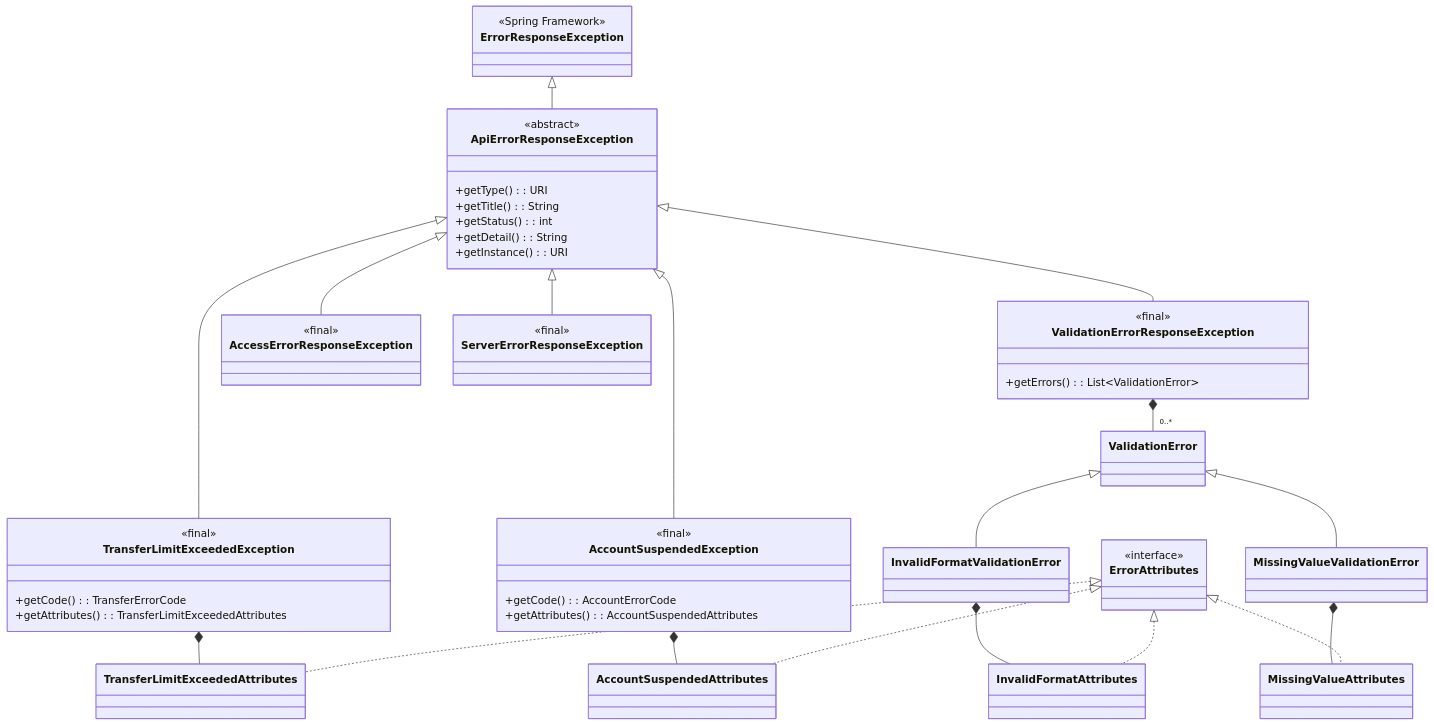
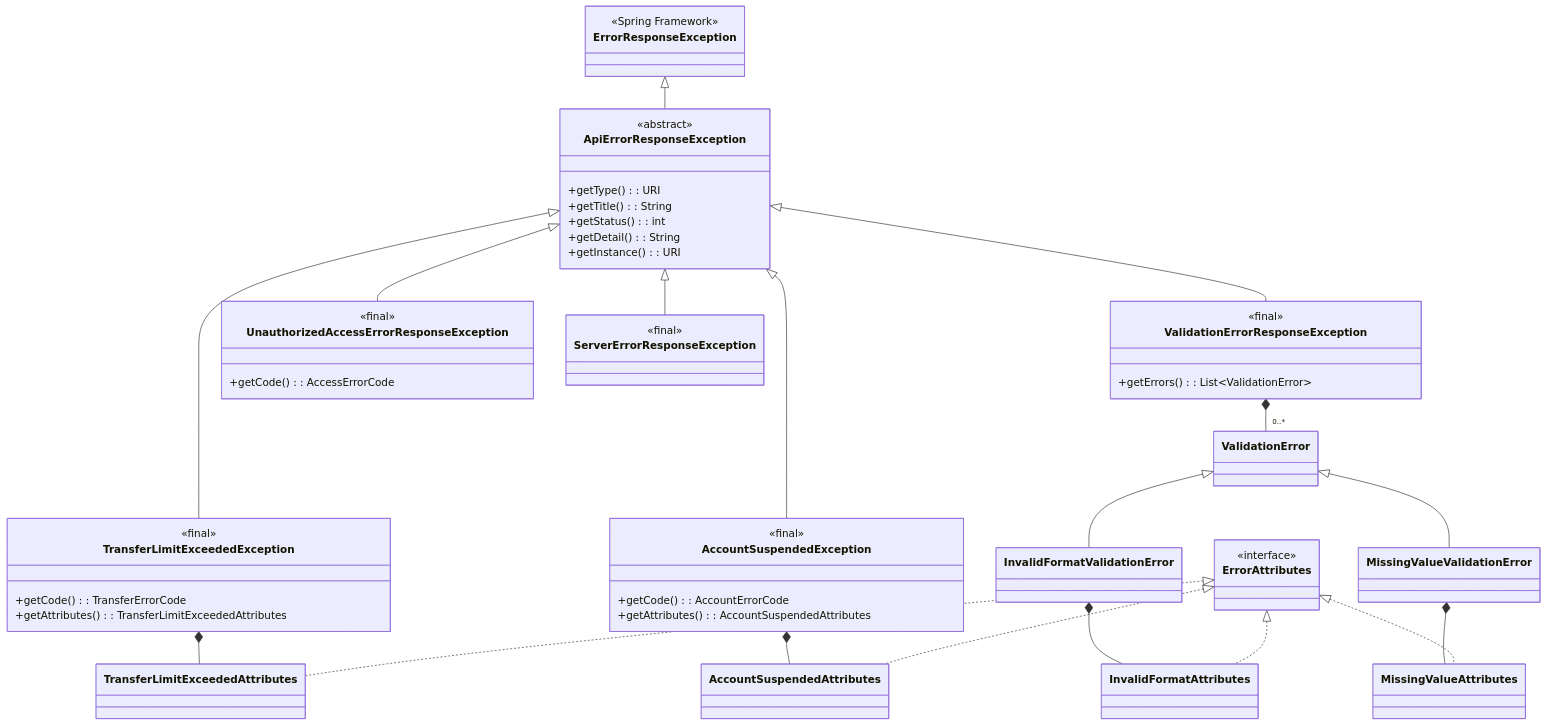
One commit to fransanchezn/smithy-poc changed the diagram in proposal.md. Above: the diagram before and after it, drawn with Mermaid. The commit also changed other lines of this file and 4 other files, not shown here.

First line of the commit message:
Add AccessErrorCode and rename to UnauthorizedAccessErrorResponseException

````diff
--- a/proposal.md
+++ b/proposal.md
@@ -86,67 +86,68 @@
 ```mermaid
 classDiagram
     class ErrorResponseException {
         <<Spring Framework>>
     }
 
     class ApiErrorResponseException {
         <<abstract>>
         +getType(): URI
         +getTitle(): String
         +getStatus(): int
         +getDetail(): String
         +getInstance(): URI
     }
 
     class TransferLimitExceededException {
         <<final>>
         +getCode(): TransferErrorCode
         +getAttributes(): TransferLimitExceededAttributes
     }
 
     class AccountSuspendedException {
         <<final>>
         +getCode(): AccountErrorCode
         +getAttributes(): AccountSuspendedAttributes
     }
 
     class ValidationErrorResponseException {
         <<final>>
         +getErrors(): List~ValidationError~
     }
 
-    class AccessErrorResponseException {
+    class UnauthorizedAccessErrorResponseException {
         <<final>>
+        +getCode(): AccessErrorCode
     }
 
     class ServerErrorResponseException {
         <<final>>
     }
 
     ErrorResponseException <|-- ApiErrorResponseException
     ApiErrorResponseException <|-- TransferLimitExceededException
     ApiErrorResponseException <|-- AccountSuspendedException
     ApiErrorResponseException <|-- ValidationErrorResponseException
-    ApiErrorResponseException <|-- AccessErrorResponseException
+    ApiErrorResponseException <|-- UnauthorizedAccessErrorResponseException
     ApiErrorResponseException <|-- ServerErrorResponseException
 
     TransferLimitExceededException *-- TransferLimitExceededAttributes
     AccountSuspendedException *-- AccountSuspendedAttributes
 
     ValidationErrorResponseException *-- "0..*" ValidationError
 
     ValidationError <|-- InvalidFormatValidationError
     ValidationError <|-- MissingValueValidationError
 
     InvalidFormatValidationError *-- InvalidFormatAttributes
     MissingValueValidationError *-- MissingValueAttributes
 
     class ErrorAttributes {
         <<interface>>
     }
 
     ErrorAttributes <|.. TransferLimitExceededAttributes
     ErrorAttributes <|.. AccountSuspendedAttributes
     ErrorAttributes <|.. InvalidFormatAttributes
     ErrorAttributes <|.. MissingValueAttributes
 ```
````
